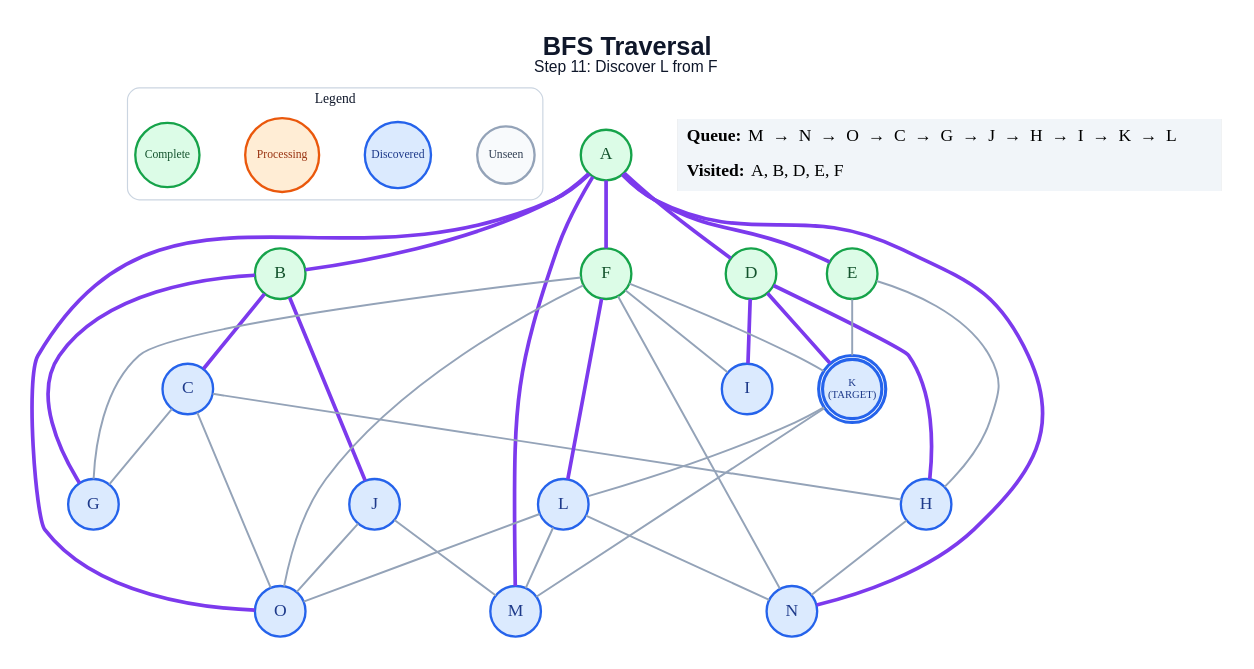
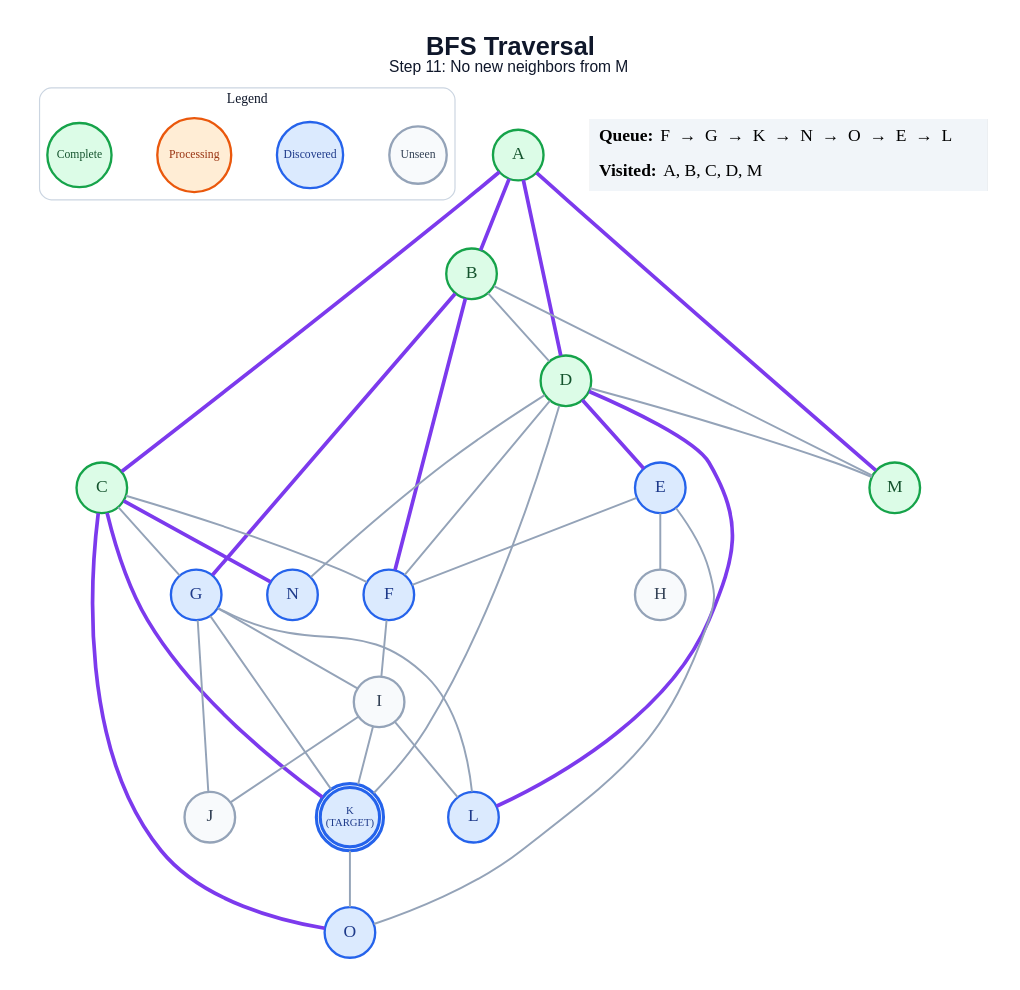
One commit to anon7238593-create/ai-slop changed the diagram in generated/specific-node/bfs/step_11.dot. Above: the diagram before and after it, drawn with Graphviz. The commit also changed 265 other files, not shown here.

```diff
--- a/generated/specific-node/bfs/step_11.dot
+++ b/generated/specific-node/bfs/step_11.dot
@@ -1,66 +1,65 @@
 graph traversal {
   graph [layout=dot, rankdir=TB, bgcolor="#FFFFFF", pad="0.35", nodesep="0.65", ranksep="0.8", fontname="Arial"];
   node [shape=circle, style="filled", fontname="Arial Bold", fontsize=18, width=0.72, fixedsize=true, penwidth=2.4];
   edge [color="#94A3B8", penwidth=2.0];
-  label=<<B>BFS Traversal</B><BR/><FONT POINT-SIZE="16">Step 11: Discover L from F</FONT>>; labelloc="t"; fontsize=26; fontname="Arial"; fontcolor="#0F172A";
+  label=<<B>BFS Traversal</B><BR/><FONT POINT-SIZE="16">Step 11: No new neighbors from M</FONT>>; labelloc="t"; fontsize=26; fontname="Arial"; fontcolor="#0F172A";
   subgraph cluster_legend { label="Legend"; color="#CBD5E1"; penwidth=1.2; style="rounded"; fontsize=14; fontname="Arial Bold";
     key_unseen [label="Unseen", fillcolor="#F8FAFC", color="#94A3B8", fontcolor="#334155", fontsize=12, width=0.82];
     key_frontier [label="Discovered", fillcolor="#DBEAFE", color="#2563EB", fontcolor="#1E3A8A", fontsize=12, width=0.95];
     key_current [label="Processing", fillcolor="#FFEDD5", color="#EA580C", fontcolor="#9A3412", fontsize=12, width=1.05];
     key_done [label="Complete", fillcolor="#DCFCE7", color="#16A34A", fontcolor="#14532D", fontsize=12, width=0.92];
     { rank=same; key_unseen; key_frontier; key_current; key_done; }
   }
   A [label="A", fillcolor="#DCFCE7", color="#16A34A", fontcolor="#14532D", peripheries=1, penwidth=2.4];
   B [label="B", fillcolor="#DCFCE7", color="#16A34A", fontcolor="#14532D", peripheries=1, penwidth=2.4];
-  C [label="C", fillcolor="#DBEAFE", color="#2563EB", fontcolor="#1E3A8A", peripheries=1, penwidth=2.4];
+  C [label="C", fillcolor="#DCFCE7", color="#16A34A", fontcolor="#14532D", peripheries=1, penwidth=2.4];
   D [label="D", fillcolor="#DCFCE7", color="#16A34A", fontcolor="#14532D", peripheries=1, penwidth=2.4];
-  E [label="E", fillcolor="#DCFCE7", color="#16A34A", fontcolor="#14532D", peripheries=1, penwidth=2.4];
-  F [label="F", fillcolor="#DCFCE7", color="#16A34A", fontcolor="#14532D", peripheries=1, penwidth=2.4];
+  E [label="E", fillcolor="#DBEAFE", color="#2563EB", fontcolor="#1E3A8A", peripheries=1, penwidth=2.4];
+  F [label="F", fillcolor="#DBEAFE", color="#2563EB", fontcolor="#1E3A8A", peripheries=1, penwidth=2.4];
   G [label="G", fillcolor="#DBEAFE", color="#2563EB", fontcolor="#1E3A8A", peripheries=1, penwidth=2.4];
-  H [label="H", fillcolor="#DBEAFE", color="#2563EB", fontcolor="#1E3A8A", peripheries=1, penwidth=2.4];
-  I [label="I", fillcolor="#DBEAFE", color="#2563EB", fontcolor="#1E3A8A", peripheries=1, penwidth=2.4];
-  J [label="J", fillcolor="#DBEAFE", color="#2563EB", fontcolor="#1E3A8A", peripheries=1, penwidth=2.4];
+  H [label="H", fillcolor="#F8FAFC", color="#94A3B8", fontcolor="#334155", peripheries=1, penwidth=2.4];
+  I [label="I", fillcolor="#F8FAFC", color="#94A3B8", fontcolor="#334155", peripheries=1, penwidth=2.4];
+  J [label="J", fillcolor="#F8FAFC", color="#94A3B8", fontcolor="#334155", peripheries=1, penwidth=2.4];
   K [label="K\n(TARGET)", fillcolor="#DBEAFE", color="#2563EB", fontcolor="#1E3A8A", peripheries=2, penwidth=3.2, fontsize=11, width=0.85, height=0.85];
   L [label="L", fillcolor="#DBEAFE", color="#2563EB", fontcolor="#1E3A8A", peripheries=1, penwidth=2.4];
-  M [label="M", fillcolor="#DBEAFE", color="#2563EB", fontcolor="#1E3A8A", peripheries=1, penwidth=2.4];
+  M [label="M", fillcolor="#DCFCE7", color="#16A34A", fontcolor="#14532D", peripheries=1, penwidth=2.4];
   N [label="N", fillcolor="#DBEAFE", color="#2563EB", fontcolor="#1E3A8A", peripheries=1, penwidth=2.4];
   O [label="O", fillcolor="#DBEAFE", color="#2563EB", fontcolor="#1E3A8A", peripheries=1, penwidth=2.4];
   A -- B [color="#7C3AED", penwidth=3.8];
+  A -- C [color="#7C3AED", penwidth=3.8];
   A -- D [color="#7C3AED", penwidth=3.8];
-  A -- E [color="#7C3AED", penwidth=3.8];
-  A -- F [color="#7C3AED", penwidth=3.8];
   A -- M [color="#7C3AED", penwidth=3.8];
-  A -- N [color="#7C3AED", penwidth=3.8];
-  A -- O [color="#7C3AED", penwidth=3.8];
-  B -- C [color="#7C3AED", penwidth=3.8];
+  B -- D;
+  B -- F [color="#7C3AED", penwidth=3.8];
   B -- G [color="#7C3AED", penwidth=3.8];
-  B -- J [color="#7C3AED", penwidth=3.8];
+  B -- M;
+  C -- F;
   C -- G;
-  C -- H;
-  C -- O;
-  D -- H [color="#7C3AED", penwidth=3.8];
-  D -- I [color="#7C3AED", penwidth=3.8];
-  D -- K [color="#7C3AED", penwidth=3.8];
+  C -- K [color="#7C3AED", penwidth=3.8];
+  C -- N [color="#7C3AED", penwidth=3.8];
+  C -- O [color="#7C3AED", penwidth=3.8];
+  D -- E [color="#7C3AED", penwidth=3.8];
+  D -- F;
+  D -- K;
+  D -- L [color="#7C3AED", penwidth=3.8];
+  D -- M;
+  D -- N;
+  E -- F;
   E -- H;
-  E -- K;
-  F -- G;
+  E -- O;
   F -- I;
-  F -- K;
-  F -- L [color="#7C3AED", penwidth=3.8];
-  F -- N;
-  F -- O;
-  H -- N;
-  J -- M;
-  J -- O;
-  K -- L;
-  K -- M;
-  L -- M;
-  L -- N;
-  L -- O;
+  G -- I;
+  G -- J;
+  G -- K;
+  G -- L;
+  I -- J;
+  I -- K;
+  I -- L;
+  K -- O;
   status [shape=plain, fixedsize=false, width=0, height=0, margin=0, label=<
     <TABLE BORDER="0" CELLBORDER="0" CELLPADDING="7" BGCOLOR="#F1F5F9">
-      <TR><TD ALIGN="LEFT"><B>Queue:</B> M  →  N  →  O  →  C  →  G  →  J  →  H  →  I  →  K  →  L</TD></TR>
-      <TR><TD ALIGN="LEFT"><B>Visited:</B> A, B, D, E, F</TD></TR>
+      <TR><TD ALIGN="LEFT"><B>Queue:</B> F  →  G  →  K  →  N  →  O  →  E  →  L</TD></TR>
+      <TR><TD ALIGN="LEFT"><B>Visited:</B> A, B, C, D, M</TD></TR>
     </TABLE>
   >];
 }
```
